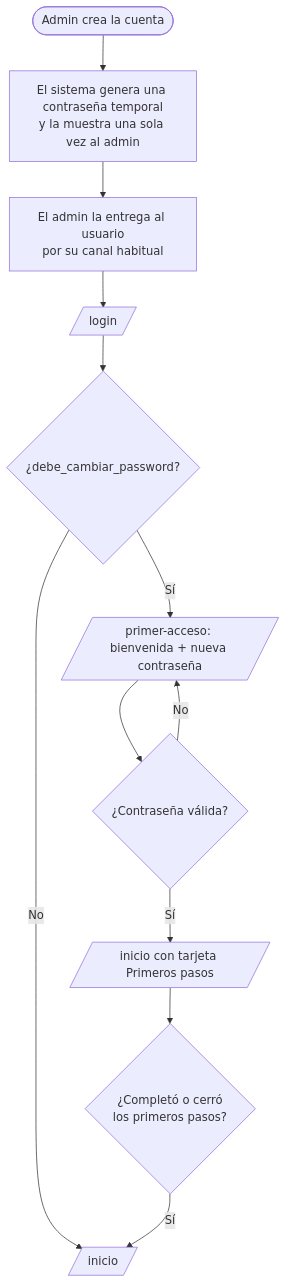
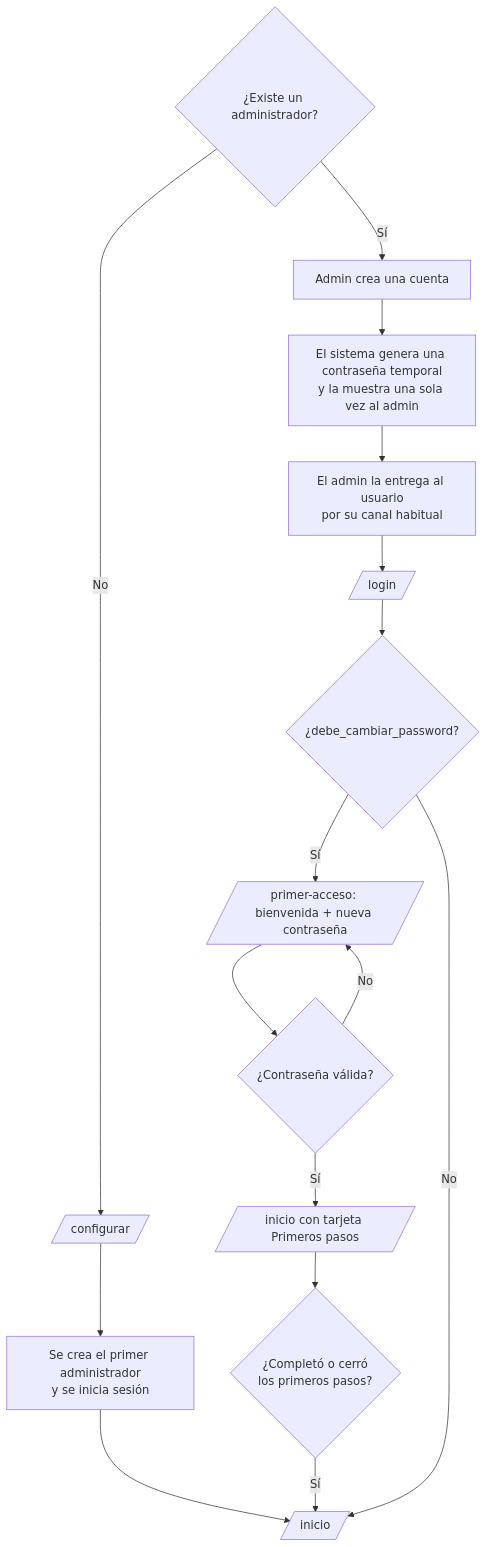
The diagram in docs/ux/07-onboarding.md (jacksonandresrosales/Proyecto-Dawa), drawn with Mermaid before and after one commit. The commit also changed other lines of this file and 62 other files, not shown here.

````diff
--- a/docs/ux/07-onboarding.md
+++ b/docs/ux/07-onboarding.md
@@ -7,14 +7,18 @@
 ```mermaid
 flowchart TD
-  A([Admin crea la cuenta]) --> B[El sistema genera una contraseña temporal<br/>y la muestra una sola vez al admin]
-  B --> C[El admin la entrega al usuario<br/>por su canal habitual]
-  C --> D[/login/]
-  D --> E{¿debe_cambiar_password?}
-  E -- Sí --> F[/primer-acceso: bienvenida + nueva contraseña/]
-  F --> G{¿Contraseña válida?}
-  G -- No --> F
-  G -- Sí --> H[/inicio con tarjeta Primeros pasos/]
-  E -- No --> I[/inicio/]
-  H --> J{¿Completó o cerró<br/>los primeros pasos?}
-  J -- Sí --> I
+  A{¿Existe un administrador?} -- No --> B[/configurar/]
+  B --> C[Se crea el primer administrador<br/>y se inicia sesión]
+  A -- Sí --> D[Admin crea una cuenta]
+  D --> E[El sistema genera una contraseña temporal<br/>y la muestra una sola vez al admin]
+  E --> F[El admin la entrega al usuario<br/>por su canal habitual]
+  F --> G[/login/]
+  G --> H{¿debe_cambiar_password?}
+  H -- Sí --> I[/primer-acceso: bienvenida + nueva contraseña/]
+  I --> J{¿Contraseña válida?}
+  J -- No --> I
+  J -- Sí --> K[/inicio con tarjeta Primeros pasos/]
+  H -- No --> L[/inicio/]
+  C --> L
+  K --> M{¿Completó o cerró<br/>los primeros pasos?}
+  M -- Sí --> L
 ```
````
